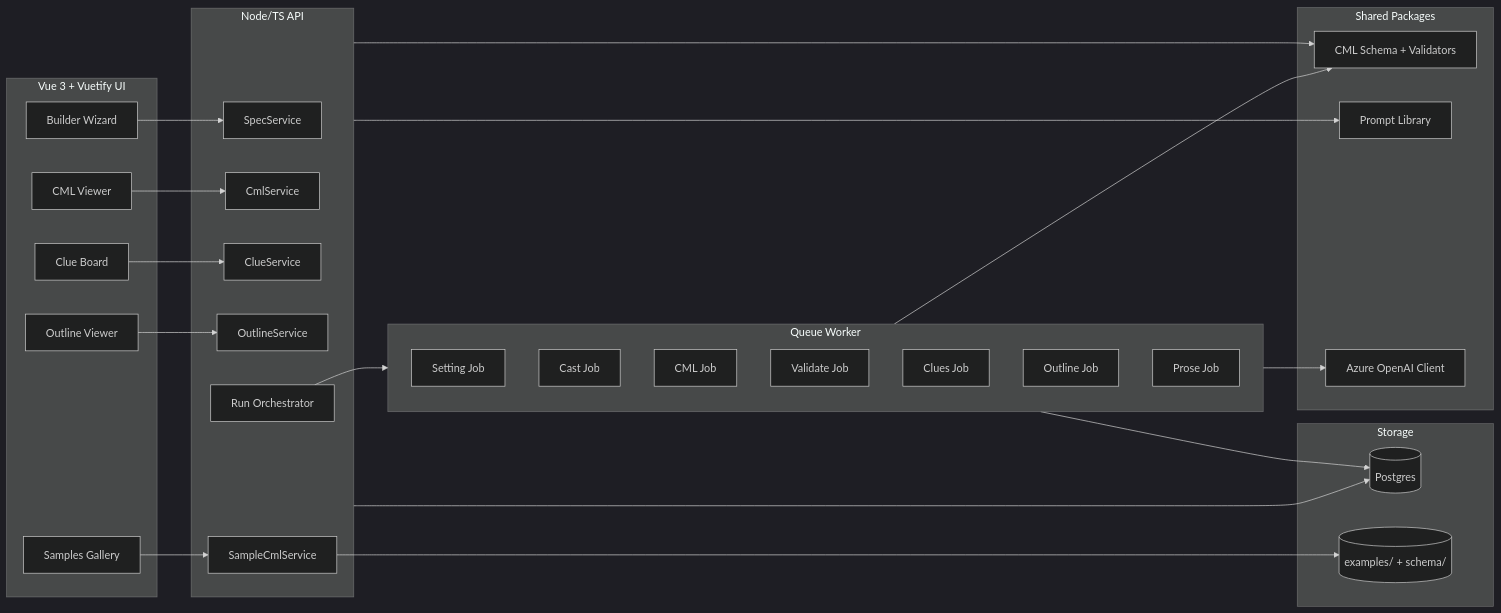
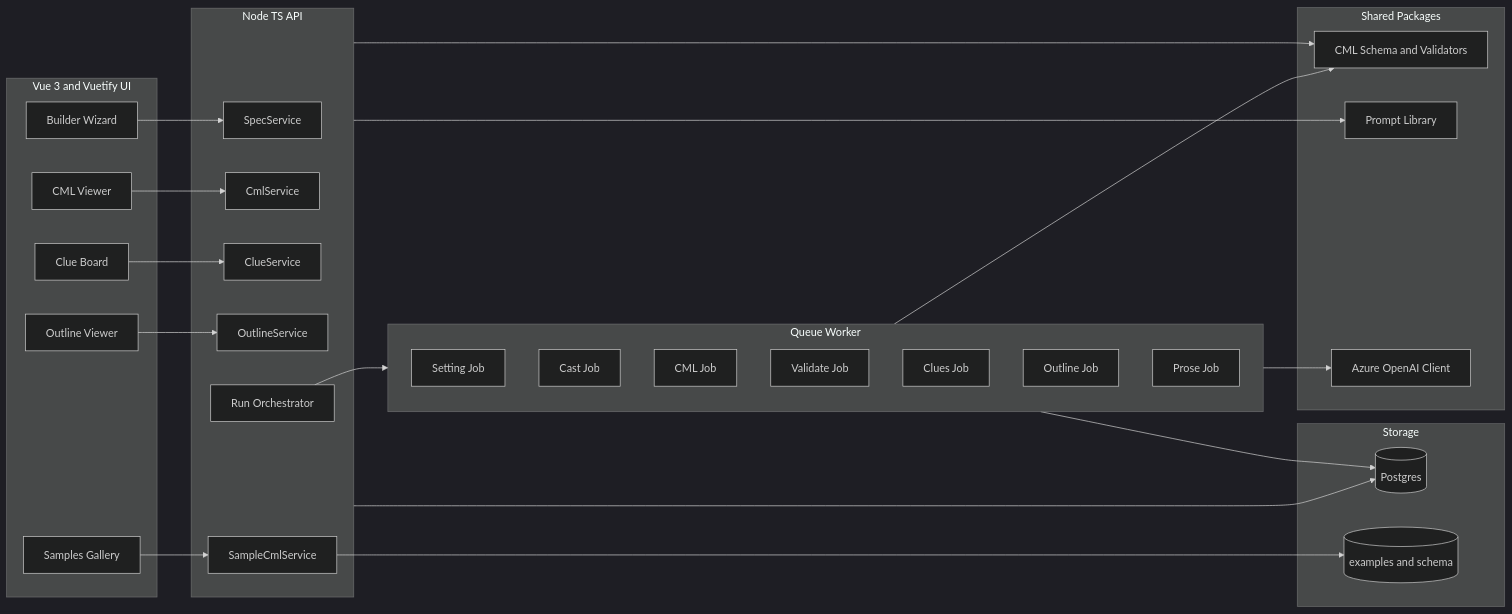
Before and after one commit to andylelli/cml_01: the second of 2 diagrams in multi_agent_whodunit_plan.md, drawn with Mermaid (dark theme). The commit also changed other lines of this file, not shown here.

````diff
--- a/multi_agent_whodunit_plan.md
+++ b/multi_agent_whodunit_plan.md
@@ -463,54 +463,54 @@
 ```mermaid
 flowchart LR
-  subgraph Web[Vue 3 + Vuetify UI]
+  subgraph Web["Vue 3 and Vuetify UI"]
     W1[Builder Wizard]
     W2[CML Viewer]
     W3[Clue Board]
     W4[Outline Viewer]
     W5[Samples Gallery]
   end
 
-  subgraph API[Node/TS API]
+  subgraph API["Node TS API"]
     A1[SpecService]
     A2[CmlService]
     A3[ClueService]
     A4[OutlineService]
     A5[Run Orchestrator]
     A6[SampleCmlService]
   end
 
   subgraph Worker[Queue Worker]
     J1[Setting Job]
     J2[Cast Job]
     J3[CML Job]
     J4[Validate Job]
     J5[Clues Job]
     J6[Outline Job]
     J7[Prose Job]
   end
 
-  subgraph Shared[Shared Packages]
-    P1[CML Schema + Validators]
+  subgraph Shared["Shared Packages"]
+    P1["CML Schema and Validators"]
     P2[Prompt Library]
     P3[Azure OpenAI Client]
   end
 
   subgraph Storage[Storage]
     DB[(Postgres)]
-    FS[(examples/ + schema/)]
+    FS[(examples and schema)]
   end
 
   W1 --> A1
   W2 --> A2
   W3 --> A3
   W4 --> A4
   W5 --> A6
   A5 --> Worker
   Worker --> P3
   API --> DB
   A6 --> FS
   Worker --> P1
   Worker --> DB
   API --> P1
   API --> P2
 ```
````
